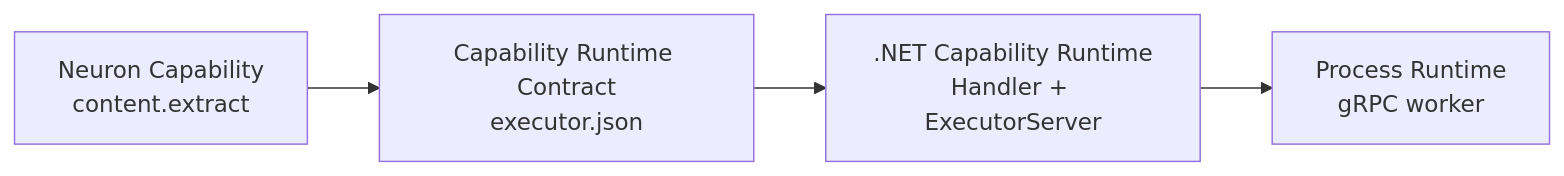
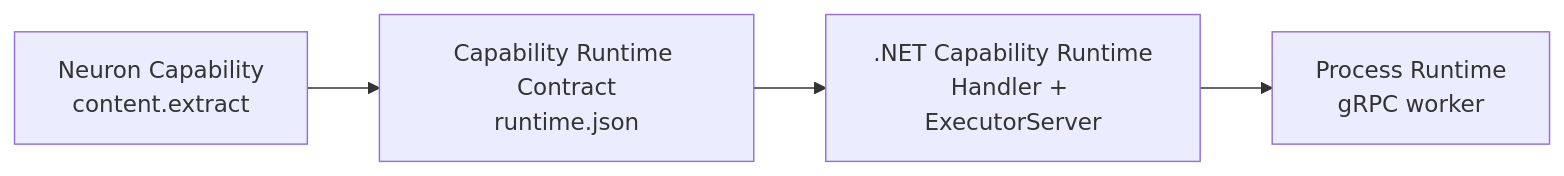
Before and after one commit to neuron-runtime/neuron: the diagram in packages/executor-sdks/dotnet/README.md, drawn with Mermaid. The commit also changed other lines of this file and 15 other files, not shown here.

````diff
--- a/packages/executor-sdks/dotnet/README.md
+++ b/packages/executor-sdks/dotnet/README.md
@@ -7,6 +7,6 @@
 ```mermaid
 flowchart LR
-    S[Neuron Capability<br/>content.extract] --> C[Capability Runtime Contract<br/>executor.json]
+    S[Neuron Capability<br/>content.extract] --> C[Capability Runtime Contract<br/>runtime.json]
     C --> D[.NET Capability Runtime<br/>Handler + ExecutorServer]
     D --> P[Process Runtime<br/>gRPC worker]
 ```
````
